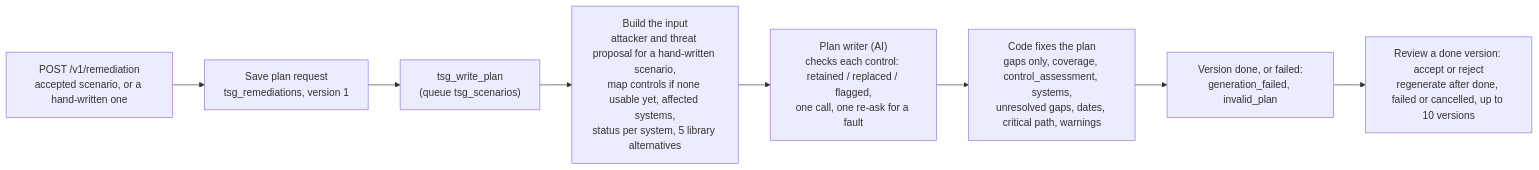
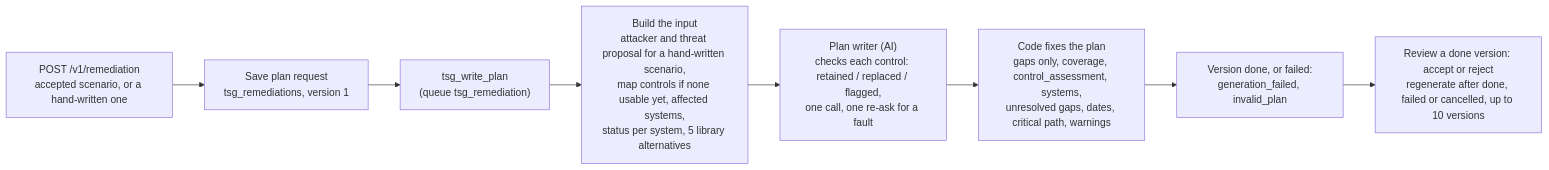
Diagram 12 of 13 in docs/TSG_END_TO_END_FLOW.md (gopalchettri/cii), drawn with Mermaid before and after one commit. The commit also changed other lines of this file and 103 other files, not shown here.

````diff
--- a/docs/TSG_END_TO_END_FLOW.md
+++ b/docs/TSG_END_TO_END_FLOW.md
@@ -3535,10 +3571,10 @@
 ```mermaid
 flowchart LR
     RQ["POST /v1/remediation<br/>accepted scenario, or a hand-written one"] --> SV["Save plan request<br/>tsg_remediations, version 1"]
-    SV --> JB["tsg_write_plan<br/>(queue tsg_scenarios)"]
+    SV --> JB["tsg_write_plan<br/>(queue tsg_remediation)"]
     JB --> IN["Build the input<br/>attacker and threat proposal for a hand-written scenario,<br/>map controls if none usable yet, affected systems,<br/>status per system, 5 library alternatives"]
     IN --> AIP["Plan writer (AI)<br/>checks each control: retained / replaced / flagged,<br/>one call, one re-ask for a fault"]
     AIP --> FIX["Code fixes the plan<br/>gaps only, coverage, control_assessment, systems,<br/>unresolved gaps, dates, critical path, warnings"]
     FIX --> VD["Version done, or failed:<br/>generation_failed, invalid_plan"]
     VD --> RV["Review a done version: accept or reject<br/>regenerate after done, failed or cancelled, up to 10 versions"]
 ```
````
